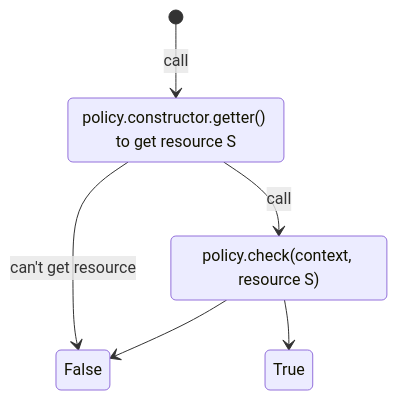
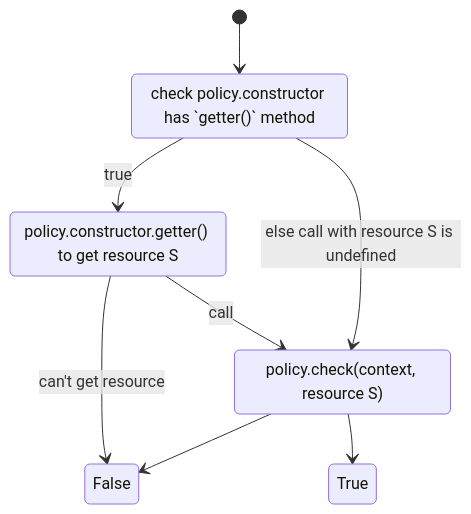
The diagram in docs/vi/04 - Authorization.md (RoxaVN/roxavn), drawn with Mermaid before and after one commit.

Commit message:
docs: update policy flow

````diff
--- a/docs/vi/04 - Authorization.md
+++ b/docs/vi/04 - Authorization.md
@@ -67,11 +67,14 @@
 ```mermaid
 stateDiagram-v2
+    state "check policy.constructor has `getter()` method" as checkGetter    
     state "policy.constructor.getter() to get resource S" as getter
     state "policy.check(context, resource S)" as check
 
-    [*] --> getter: call
+    [*] --> checkGetter 
+    checkGetter --> getter: true
     getter --> False: can't get resource
     getter --> check: call
+    checkGetter --> check: else call with resource S is undefined
     check --> True
     check --> False
 ```
````
